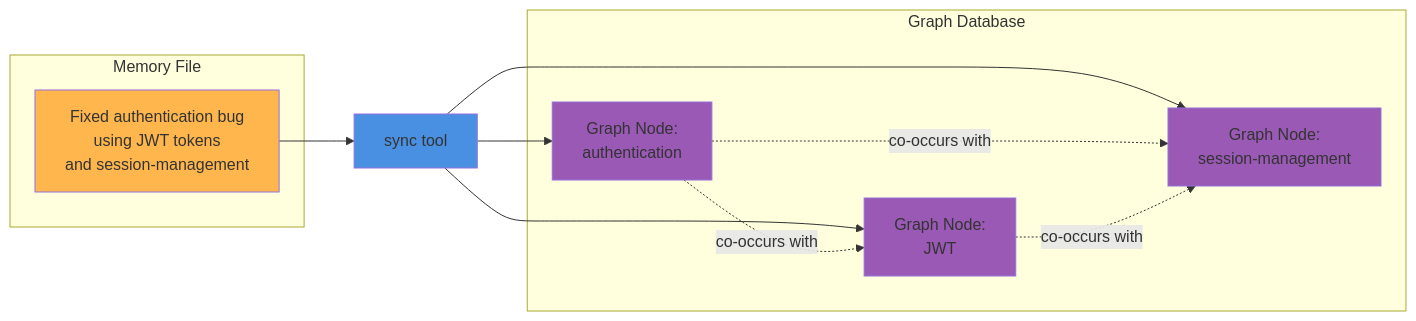
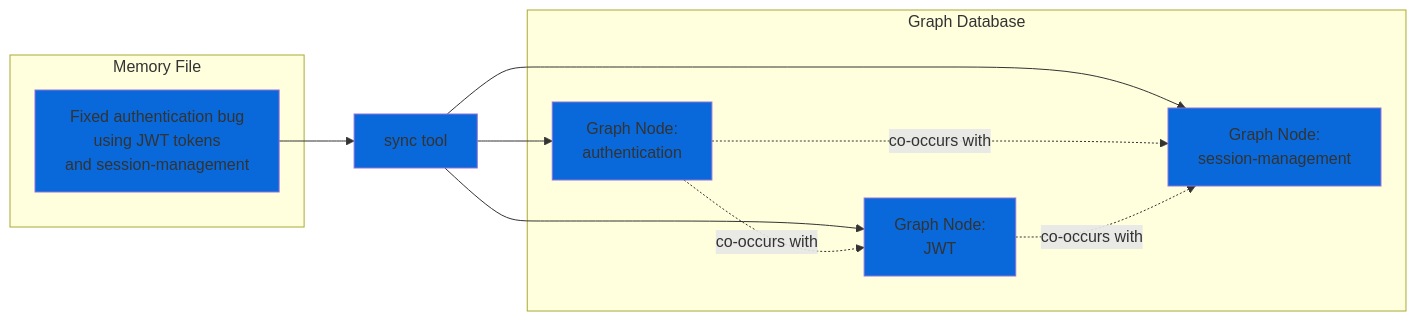
Before and after one commit to msbrettorg/maenifold: the sixth of 7 diagrams in integrations/skills/maenifold/README.md, drawn with Mermaid. The commit also changed other lines of this file and 31 other files, not shown here.

````diff
--- a/integrations/skills/maenifold/README.md
+++ b/integrations/skills/maenifold/README.md
@@ -216,28 +230,28 @@
 ```mermaid
 graph LR
     subgraph "Memory File"
         Content["Fixed authentication bug<br/>using JWT tokens<br/>and session-management"]
     end
 
     Content --> Sync[sync tool]
 
     Sync --> Node1["Graph Node:<br/>authentication"]
     Sync --> Node2["Graph Node:<br/>JWT"]
     Sync --> Node3["Graph Node:<br/>session-management"]
 
     Node1 -.->|co-occurs with| Node2
     Node1 -.->|co-occurs with| Node3
     Node2 -.->|co-occurs with| Node3
 
     subgraph "Graph Database"
         Node1
         Node2
         Node3
     end
 
-    style Content fill:#FFB74D
-    style Sync fill:#4A90E2
-    style Node1 fill:#9B59B6
-    style Node2 fill:#9B59B6
-    style Node3 fill:#9B59B6
+    style Content fill:#0969DA
+    style Sync fill:#0969DA
+    style Node1 fill:#0969DA
+    style Node2 fill:#0969DA
+    style Node3 fill:#0969DA
 ```
````
